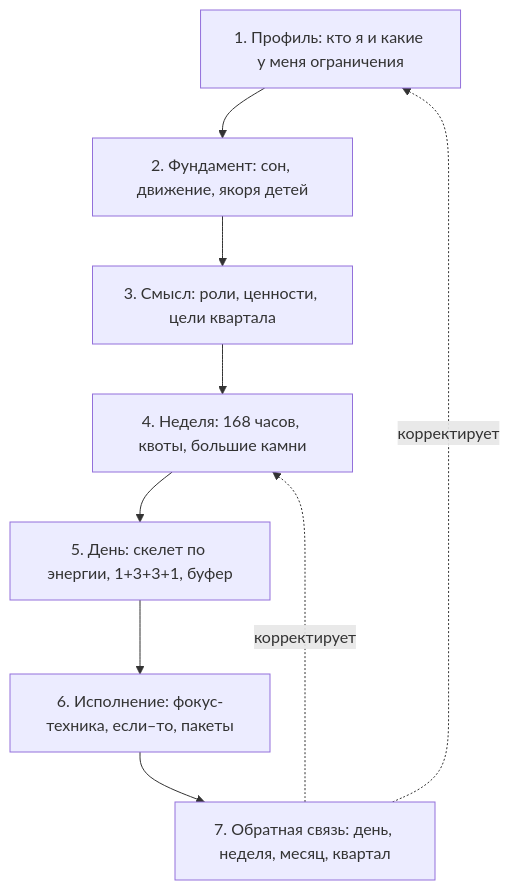
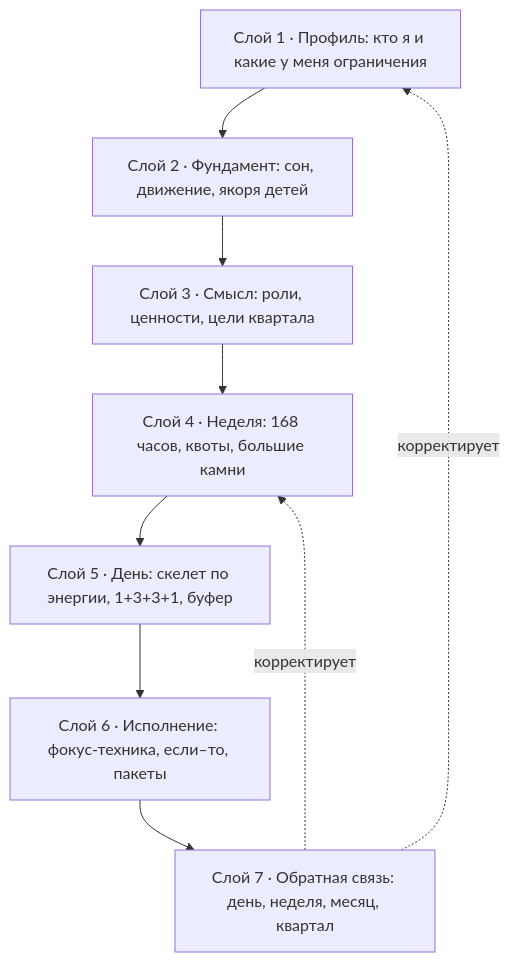
Before and after one commit to alexander-hdl/MyLIfie: the first of 3 diagrams in REPORT.md, drawn with Mermaid. The commit also changed other lines of this file, not shown here.

````diff
--- a/REPORT.md
+++ b/REPORT.md
@@ -61,11 +61,11 @@
 ```mermaid
 flowchart TD
-    P["1. Профиль: кто я и какие у меня ограничения"] --> F["2. Фундамент: сон, движение, якоря детей"]
-    F --> M["3. Смысл: роли, ценности, цели квартала"]
-    M --> W["4. Неделя: 168 часов, квоты, большие камни"]
-    W --> D["5. День: скелет по энергии, 1+3+3+1, буфер"]
-    D --> E["6. Исполнение: фокус-техника, если–то, пакеты"]
-    E --> R["7. Обратная связь: день, неделя, месяц, квартал"]
+    P["Слой 1 · Профиль: кто я и какие у меня ограничения"] --> F["Слой 2 · Фундамент: сон, движение, якоря детей"]
+    F --> M["Слой 3 · Смысл: роли, ценности, цели квартала"]
+    M --> W["Слой 4 · Неделя: 168 часов, квоты, большие камни"]
+    W --> D["Слой 5 · День: скелет по энергии, 1+3+3+1, буфер"]
+    D --> E["Слой 6 · Исполнение: фокус-техника, если–то, пакеты"]
+    E --> R["Слой 7 · Обратная связь: день, неделя, месяц, квартал"]
     R -. корректирует .-> P
     R -. корректирует .-> W
 ```
````
